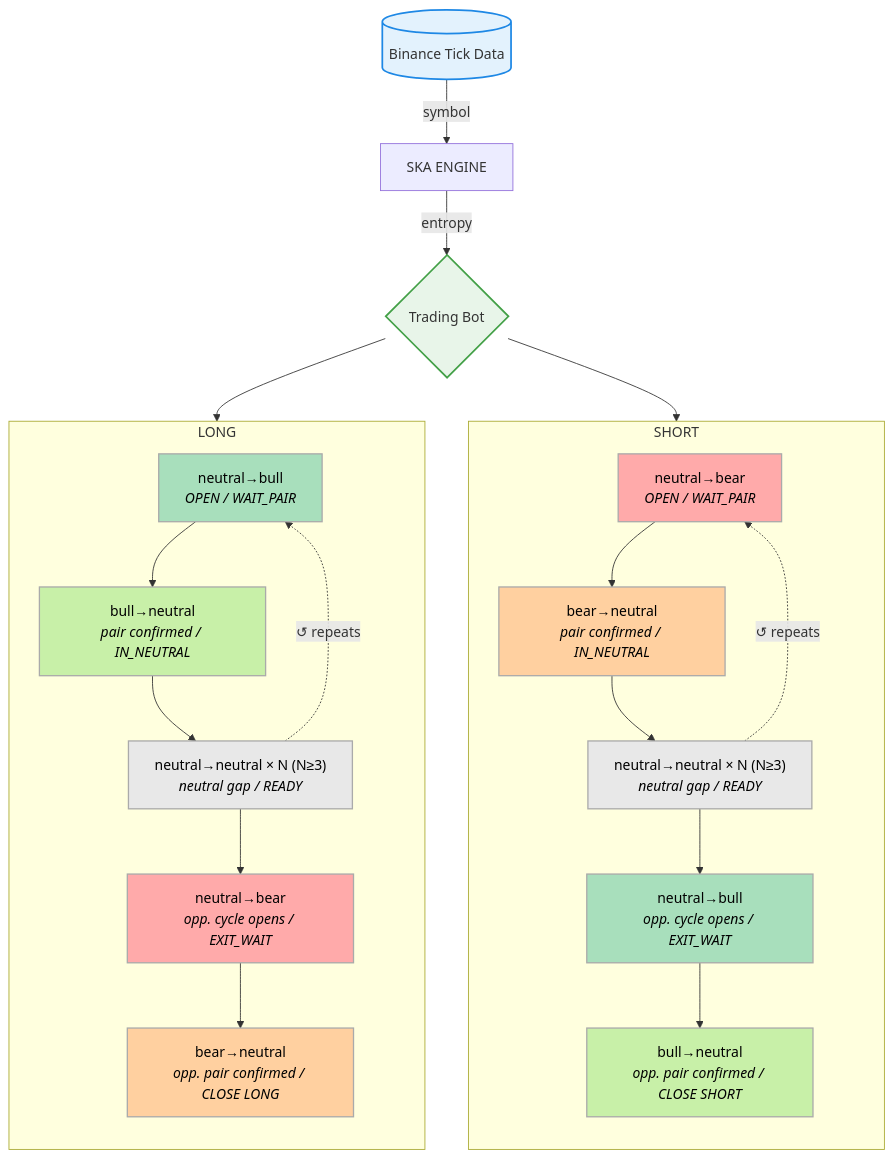
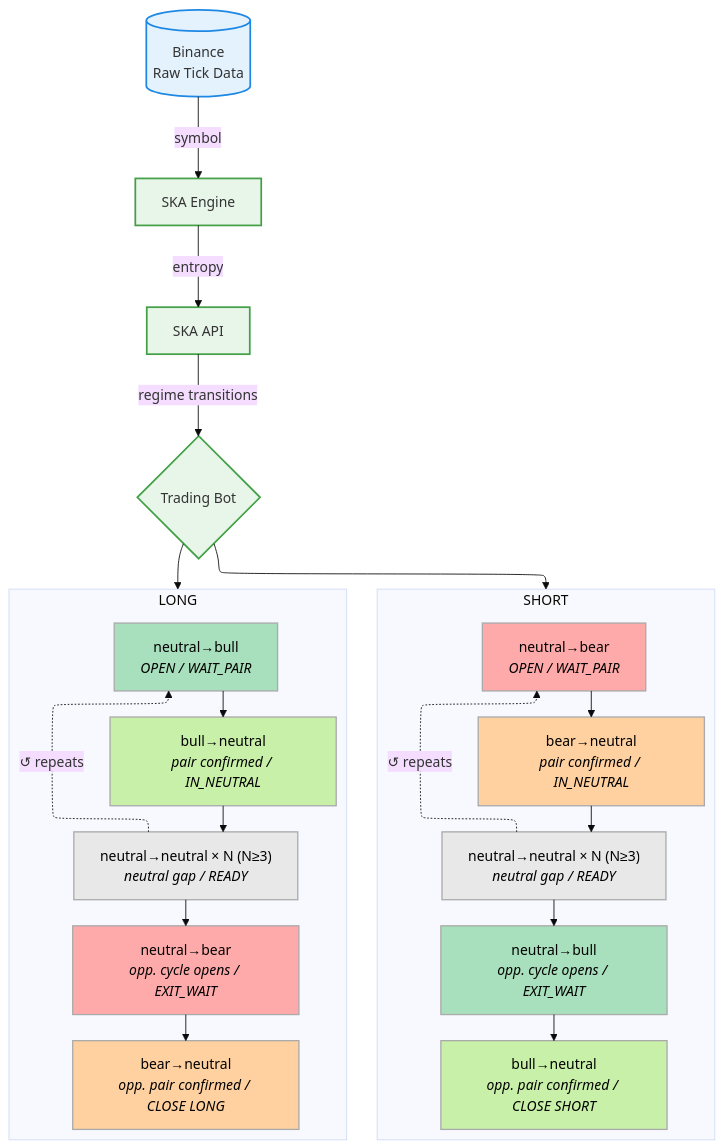
One commit to quantiota/SKA-quantitative-finance changed the diagram in real_time_trading_bots/README.md. Above: the diagram before and after it, drawn with Mermaid.

````diff
--- a/real_time_trading_bots/README.md
+++ b/real_time_trading_bots/README.md
@@ -24,56 +24,67 @@
 ```mermaid
+---
+config:
+  look: classic
+  theme: base
+  layout: elk
+---
 flowchart TD
-    BINANCE[(Binance Tick Data)]
-    ENGINE["SKA ENGINE"]
+    BINANCE[(Binance <br/> Raw Tick Data)]
+    ENGINE[SKA Engine]
+    API["SKA API"]
     BOT@{ shape: diamond, label: "Trading Bot" }
 
     BINANCE -- "symbol" --> ENGINE
-    ENGINE -- "entropy" --> BOT
+    API -- "regime transitions" --> BOT
+    ENGINE -- "entropy" --> API
 
     BOT --> LONG
     BOT --> SHORT
+
+    subgraph SHORT["SHORT"]
+        direction TB
+        S1["neutral→bear<br/><i>OPEN / WAIT_PAIR</i>"]
+        S2["bear→neutral<br/><i>pair confirmed / IN_NEUTRAL</i>"]
+        S3["neutral→neutral × N (N≥3)<br/><i>neutral gap / READY</i>"]
+        S4["neutral→bull<br/><i>opp. cycle opens / EXIT_WAIT</i>"]
+        S5["bull→neutral<br/><i>opp. pair confirmed / CLOSE SHORT</i>"]
+        S1 --> S2 --> S3 --> S4 --> S5
+        S3 -. "↺ repeats" .-> S1
+    end
 
     subgraph LONG["LONG"]
         direction TB
         L1["neutral→bull<br/><i>OPEN / WAIT_PAIR</i>"]
         L2["bull→neutral<br/><i>pair confirmed / IN_NEUTRAL</i>"]
         L3["neutral→neutral × N (N≥3)<br/><i>neutral gap / READY</i>"]
         L4["neutral→bear<br/><i>opp. cycle opens / EXIT_WAIT</i>"]
         L5["bear→neutral<br/><i>opp. pair confirmed / CLOSE LONG</i>"]
         L1 --> L2 --> L3 --> L4 --> L5
         L3 -. "↺ repeats" .-> L1
     end
 
-    subgraph SHORT["SHORT"]
-        direction TB
-        S1["neutral→bear<br/><i>OPEN / WAIT_PAIR</i>"]
-        S2["bear→neutral<br/><i>pair confirmed / IN_NEUTRAL</i>"]
-        S3["neutral→neutral × N (N≥3)<br/><i>neutral gap / READY</i>"]
-        S4["neutral→bull<br/><i>opp. cycle opens / EXIT_WAIT</i>"]
-        S5["bull→neutral<br/><i>opp. pair confirmed / CLOSE SHORT</i>"]
-        S1 --> S2 --> S3 --> S4 --> S5
-        S3 -. "↺ repeats" .-> S1
-    end
-
     classDef data      fill:#E3F2FD,stroke:#1E88E5,stroke-width:2px;
     classDef process   fill:#E8F5E9,stroke:#43A047,stroke-width:2px;
     classDef longOpen  fill:#A8DFBC,stroke:#AAAAAA,color:#000,stroke-width:1.5px;
     classDef longPair  fill:#C8F0A8,stroke:#AAAAAA,color:#000,stroke-width:1.5px;
     classDef shortOpen fill:#FFAAAA,stroke:#AAAAAA,color:#000,stroke-width:1.5px;
     classDef shortPair fill:#FFD0A0,stroke:#AAAAAA,color:#000,stroke-width:1.5px;
     classDef neutral   fill:#E8E8E8,stroke:#AAAAAA,color:#000,stroke-width:1.5px;
 
     class BINANCE data;
+    class ENGINE process;
     class API,BOT process;
+
     class L1 longOpen;
     class L2 longPair;
     class L3 neutral;
     class L4 shortOpen;
     class L5 shortPair;
     class S1 shortOpen;
     class S2 shortPair;
     class S3 neutral;
     class S4 longOpen;
     class S5 longPair;
 
+
 ```
````
